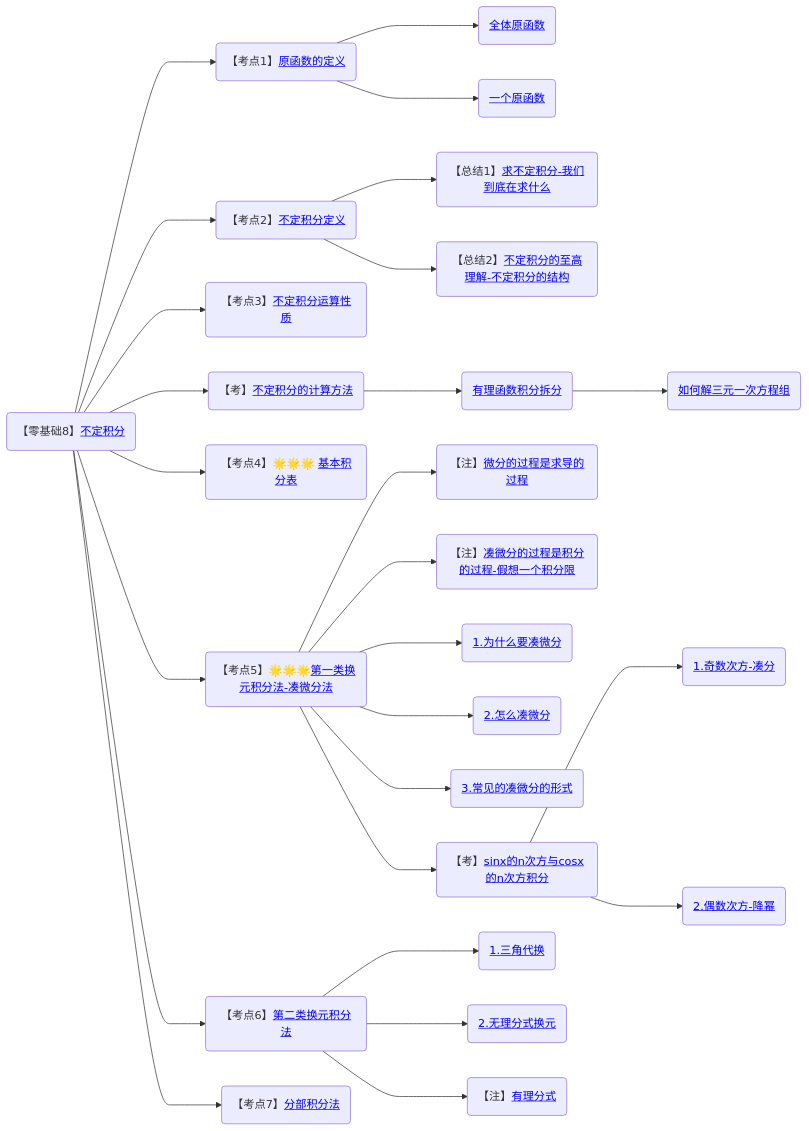
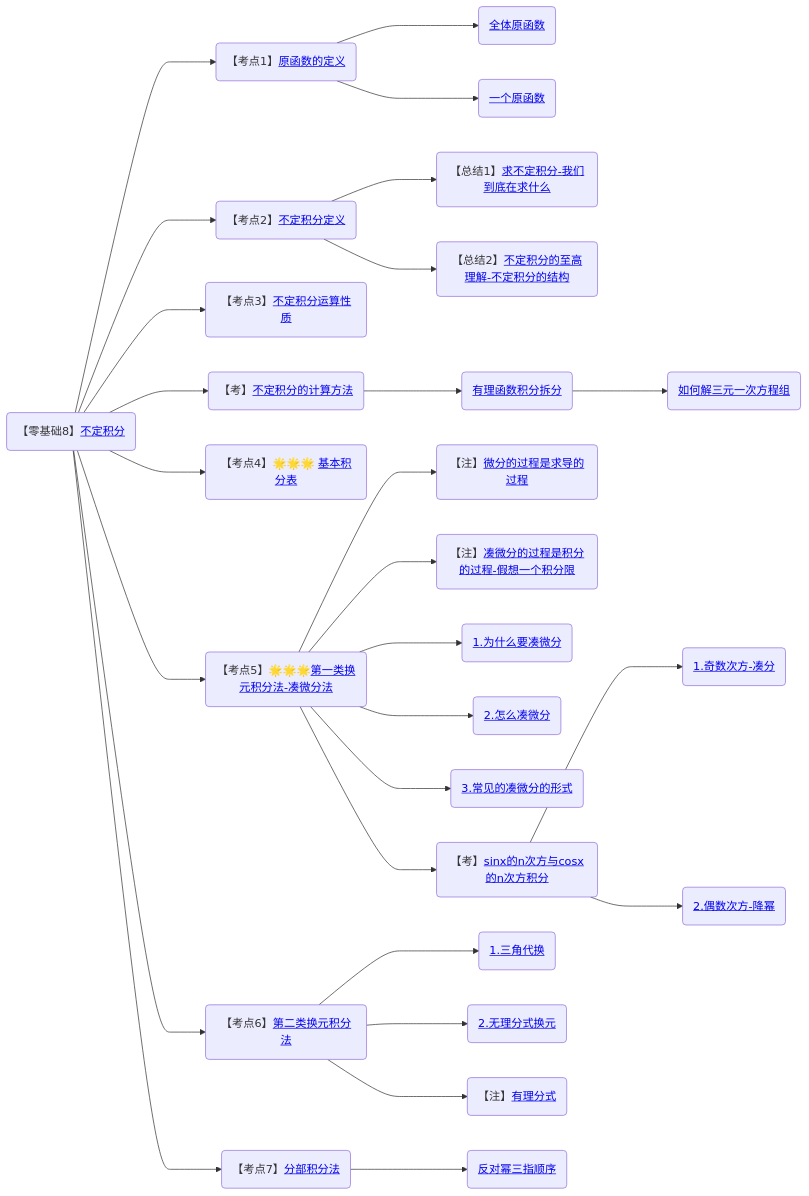
The ninth of 10 diagrams in 笔记/数学/周洋鑫/00.框架.md (yuebinghui/note), drawn with Mermaid before and after one commit. The commit also changed 2 other files, not shown here.

Commit message:
Tue Sep 24 17:00:01 CST 2024

````diff
--- a/笔记/数学/周洋鑫/00.框架.md
+++ b/笔记/数学/周洋鑫/00.框架.md
@@ -372,38 +372,39 @@
 ```mermaid
 graph LR
 
 不定积分(【零基础8】<a target="_blank"  href="/Users/yuebinghui/Documents/program/github/note/笔记/数学/周洋鑫/13.零基础核心考点精讲12-1.md#不定积分">不定积分</>)
 
 不定积分--->原函数的定义(【考点1】<a  href="/Users/yuebinghui/Documents/program/github/note/笔记/数学/周洋鑫/13.零基础核心考点精讲12-1.md#原函数的定义">原函数的定义</>)
 原函数的定义--->全体原函数(<a target="_blank"  href="/Users/yuebinghui/Documents/program/github/note/笔记/数学/周洋鑫/13.零基础核心考点精讲12-1.md#全体原函数">全体原函数</>)
 原函数的定义--->一个原函数(<a target="_blank"  href="/Users/yuebinghui/Documents/program/github/note/笔记/数学/周洋鑫/13.零基础核心考点精讲12-1.md#一个原函数">一个原函数</>)
 
 不定积分--->不定积分定义(【考点2】<a target="_blank"  href="/Users/yuebinghui/Documents/program/github/note/笔记/数学/周洋鑫/13.零基础核心考点精讲12-1.md#不定积分定义">不定积分定义</>)
 不定积分定义--->求不定积分-我们到底在求什么(【总结1】<a target="_blank"  href="/Users/yuebinghui/Documents/program/github/note/笔记/数学/周洋鑫/13.零基础核心考点精讲12-1.md#求不定积分-我们到底在求什么">求不定积分-我们到底在求什么</>)
 不定积分定义--->不定积分的至高理解-不定积分的结构(【总结2】<a target="_blank"  href="/Users/yuebinghui/Documents/program/github/note/笔记/数学/周洋鑫/13.零基础核心考点精讲12-1.md#不定积分的至高理解-不定积分的结构">不定积分的至高理解-不定积分的结构</>)
 
 不定积分--->不定积分运算性质(【考点3】<a target="_blank"  href="/Users/yuebinghui/Documents/program/github/note/笔记/数学/周洋鑫/13.零基础核心考点精讲12-1.md#不定积分运算性质">不定积分运算性质</>)
 
 不定积分--->不定积分的计算方法(【考】<a target="_blank"  href="/Users/yuebinghui/Documents/program/github/note/笔记/数学/周洋鑫/13.零基础核心考点精讲12-1.md#不定积分的计算方法">不定积分的计算方法</>)
 不定积分的计算方法--->有理函数积分拆分(<a target="_blank"  href="/Users/yuebinghui/Documents/program/github/note/笔记/数学/周洋鑫/13.零基础核心考点精讲12-1.md#有理函数积分拆分">有理函数积分拆分</>)
 有理函数积分拆分--->如何解三元一次方程组(<a target="_blank"  href="/Users/yuebinghui/Documents/program/github/note/笔记/数学/周洋鑫/13.零基础核心考点精讲12-1.md#如何解三元一次方程组">如何解三元一次方程组</>)
 
 不定积分--->基本积分表(【考点4】🌟🌟🌟 <a target="_blank"  href="/Users/yuebinghui/Documents/program/github/note/笔记/数学/周洋鑫/13.零基础核心考点精讲12-1.md#基本积分表">基本积分表</>)
 
 不定积分--->第一类换元积分法-凑微分法(【考点5】🌟🌟🌟<a target="_blank"  href="/Users/yuebinghui/Documents/program/github/note/笔记/数学/周洋鑫/13.零基础核心考点精讲12-1.md#第一类换元积分法-凑微分法">第一类换元积分法-凑微分法</>)
 第一类换元积分法-凑微分法--->微分的过程是求导的过程(【注】<a target="_blank"  href="/Users/yuebinghui/Documents/program/github/note/笔记/数学/周洋鑫/13.零基础核心考点精讲12-1.md#微分的过程是求导的过程">微分的过程是求导的过程</>)
 第一类换元积分法-凑微分法--->凑微分的过程是积分的过程-假想一个积分限(【注】<a  target="_blank" href="/Users/yuebinghui/Documents/program/github/note/笔记/数学/周洋鑫/13.零基础核心考点精讲12-1.md#凑微分的过程是积分的过程-假想一个积分限">凑微分的过程是积分的过程-假想一个积分限</>)
 第一类换元积分法-凑微分法--->1.为什么要凑微分(<a target="_blank"  href="/Users/yuebinghui/Documents/program/github/note/笔记/数学/周洋鑫/13.零基础核心考点精讲12-1.md#1.为什么要凑微分">1.为什么要凑微分</>)
 第一类换元积分法-凑微分法--->2.怎么凑微分(<a target="_blank"  href="/Users/yuebinghui/Documents/program/github/note/笔记/数学/周洋鑫/13.零基础核心考点精讲12-1.md#2.怎么凑微分">2.怎么凑微分</>)
 第一类换元积分法-凑微分法--->3.常见的凑微分的形式(<a href="/Users/yuebinghui/Documents/program/github/note/笔记/数学/周洋鑫/13.零基础核心考点精讲12-1.md#3.常见的凑微分的形式">3.常见的凑微分的形式</>)
 第一类换元积分法-凑微分法--->sinx的n次方与cosx的n次方积分(【考】<a href="/Users/yuebinghui/Documents/program/github/note/笔记/数学/周洋鑫/14.零基础核心考点精讲13-1.md#sinx的n次方与cosx的n次方积分">sinx的n次方与cosx的n次方积分</>)
 sinx的n次方与cosx的n次方积分--->1.奇数次方-凑分(<a href="/Users/yuebinghui/Documents/program/github/note/笔记/数学/周洋鑫/14.零基础核心考点精讲13-1.md#1.奇数次方-凑分">1.奇数次方-凑分</>)
 sinx的n次方与cosx的n次方积分--->2.偶数次方-降幂(<a href="/Users/yuebinghui/Documents/program/github/note/笔记/数学/周洋鑫/14.零基础核心考点精讲13-1.md#2.偶数次方-降幂">2.偶数次方-降幂</>)
 
 不定积分---> 第二类换元积分法(【考点6】<a href="/Users/yuebinghui/Documents/program/github/note/笔记/数学/周洋鑫/14.零基础核心考点精讲13-1.md#第二类换元积分法">第二类换元积分法</>)
 第二类换元积分法---> 1.三角代换(<a href="/Users/yuebinghui/Documents/program/github/note/笔记/数学/周洋鑫/14.零基础核心考点精讲13-1.md#1.三角代换">1.三角代换</>)
 第二类换元积分法---> 2.无理分式换元(<a href="/Users/yuebinghui/Documents/program/github/note/笔记/数学/周洋鑫/14.零基础核心考点精讲13-1.md#2.无理分式换元">2.无理分式换元</>)
 第二类换元积分法---> 有理分式(【注】<a href="/Users/yuebinghui/Documents/program/github/note/笔记/数学/周洋鑫/14.零基础核心考点精讲13-1.md#有理分式">有理分式</>)
 
 不定积分---> 分部积分法(【考点7】<a href="/Users/yuebinghui/Documents/program/github/note/笔记/数学/周洋鑫/15.零基础核心考点精讲14-2.md#分部积分法">分部积分法</>)
+分部积分法--->反对幂三指顺序(<a href="/Users/yuebinghui/Documents/program/github/note/笔记/数学/周洋鑫/15.零基础核心考点精讲14-2.md#反对幂三指顺序">反对幂三指顺序</>)
 ```
````
